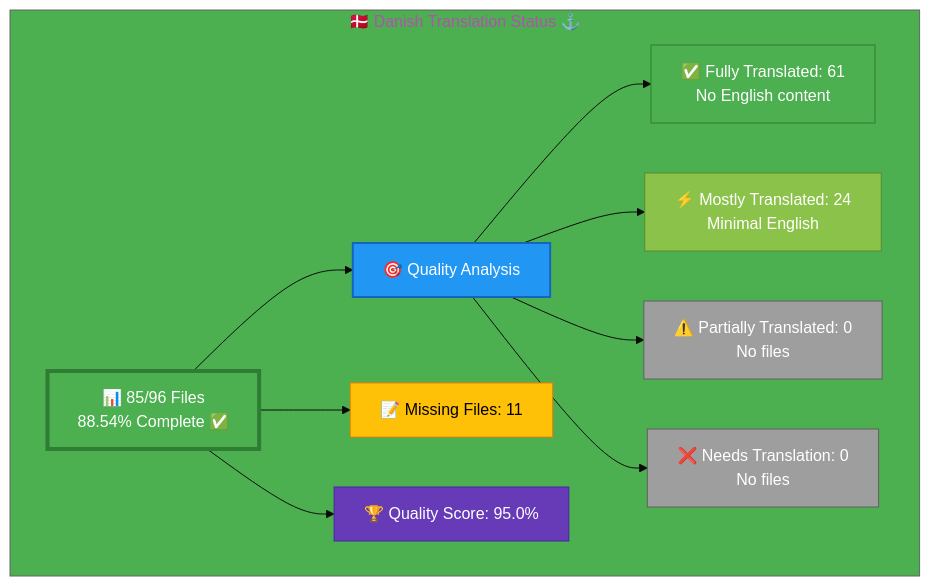
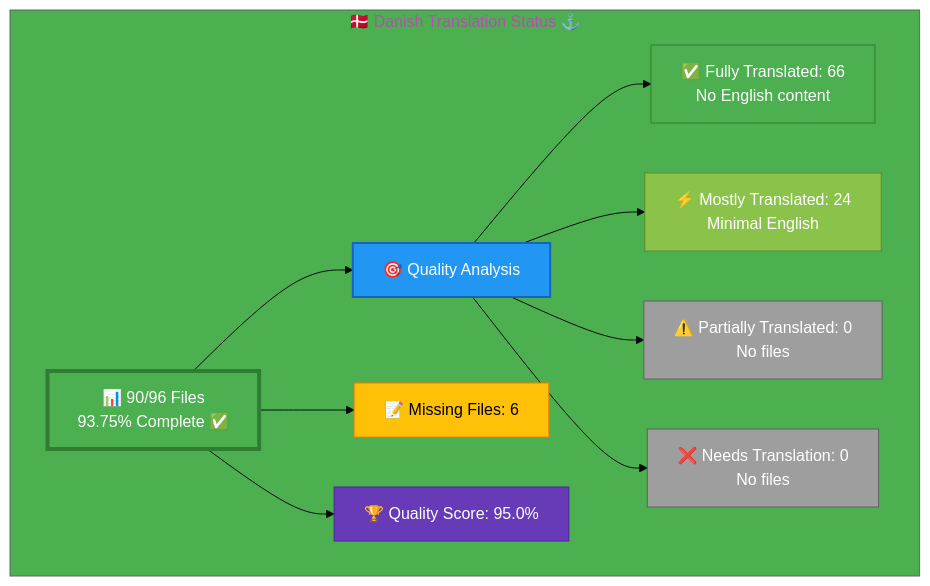
One commit to Hack23/homepage changed the diagram in Danish-Translation-Status.md. Above: the diagram before and after it, drawn with Mermaid. The commit also changed other lines of this file, not shown here.

````diff
--- a/Danish-Translation-Status.md
+++ b/Danish-Translation-Status.md
@@ -48,26 +55,26 @@
 ```mermaid
 %%{init: {'theme':'base', 'themeVariables': {'primaryColor':'#4CAF50','secondaryColor':'#2196F3','tertiaryColor':'#4CAF50','fontSize':'16px'}}}%%
 graph TB
     subgraph "🇩🇰 Danish Translation Status ⚓"
-        A["📊 85/96 Files<br/>88.54% Complete ✅ "]
+        A["📊 90/96 Files<br/>93.75% Complete ✅ "]
         
         A --> B["🎯 Quality Analysis"]
-        B --> C["✅ Fully Translated: 61<br/>No English content"]
+        B --> C["✅ Fully Translated: 66<br/>No English content"]
         B --> D["⚡ Mostly Translated: 24<br/>Minimal English"]
         B --> E["⚠️  Partially Translated: 0<br/>No files"]
         B --> F["❌ Needs Translation: 0<br/>No files"]
         
-        A --> G["📝 Missing Files: 11"]
+        A --> G["📝 Missing Files: 6"]
         
         A --> H["🏆 Quality Score: 95.0%"]
         
         style A fill:#4CAF50,stroke:#2E7D32,color:#fff,stroke-width:4px
         style B fill:#2196F3,stroke:#1565C0,color:#fff,stroke-width:2px
         style C fill:#4CAF50,stroke:#2E7D32,color:#fff
         style D fill:#8BC34A,stroke:#558B2F,color:#fff
         style E fill:#9E9E9E,stroke:#616161,color:#fff
         style F fill:#9E9E9E,stroke:#616161,color:#fff
         style G fill:#FFC107,stroke:#F57C00,color:#000
         style H fill:#673AB7,stroke:#4527A0,color:#fff
     end
 ```
````
